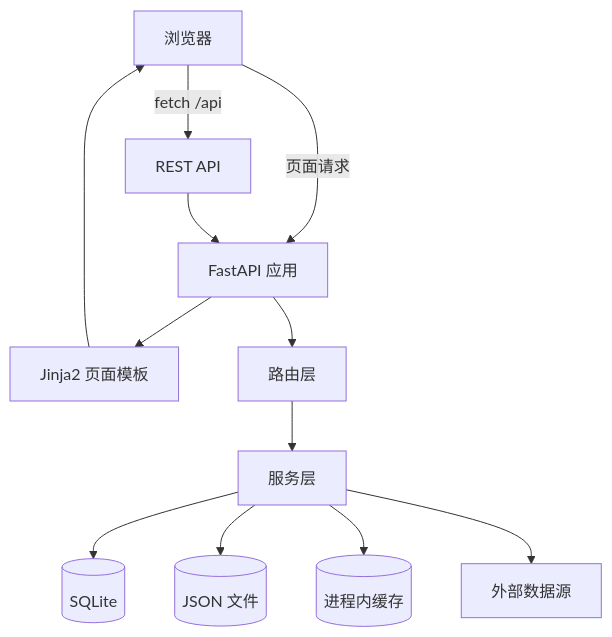
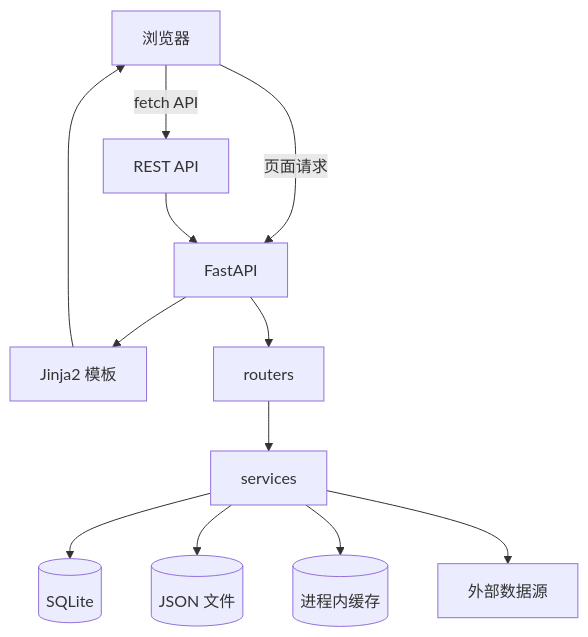
Before and after one commit to RESBI/StockTracing: the first of 6 diagrams in ARCHITECTURE.md, drawn with Mermaid. The commit also changed other lines of this file and 1 other file, not shown here.

Commit message:
Update documentation for current features and architecture

````diff
--- a/ARCHITECTURE.md
+++ b/ARCHITECTURE.md
@@ -7,25 +7,25 @@
 ```mermaid
 flowchart TD
     Browser[浏览器]
-    Templates[Jinja2 页面模板]
+    Templates[Jinja2 模板]
     Api[REST API]
-    App[FastAPI 应用]
-    Routers[路由层]
-    Services[服务层]
+    App[FastAPI]
+    Routers[routers]
+    Services[services]
     SQLite[(SQLite)]
     Json[(JSON 文件)]
     Memory[(进程内缓存)]
     External[外部数据源]
 
     Browser -->|页面请求| App
     App --> Templates
     Templates --> Browser
-    Browser -->|fetch /api| Api
+    Browser -->|fetch API| Api
     Api --> App
     App --> Routers
     Routers --> Services
     Services --> SQLite
     Services --> Json
     Services --> Memory
     Services --> External
 ```
````
